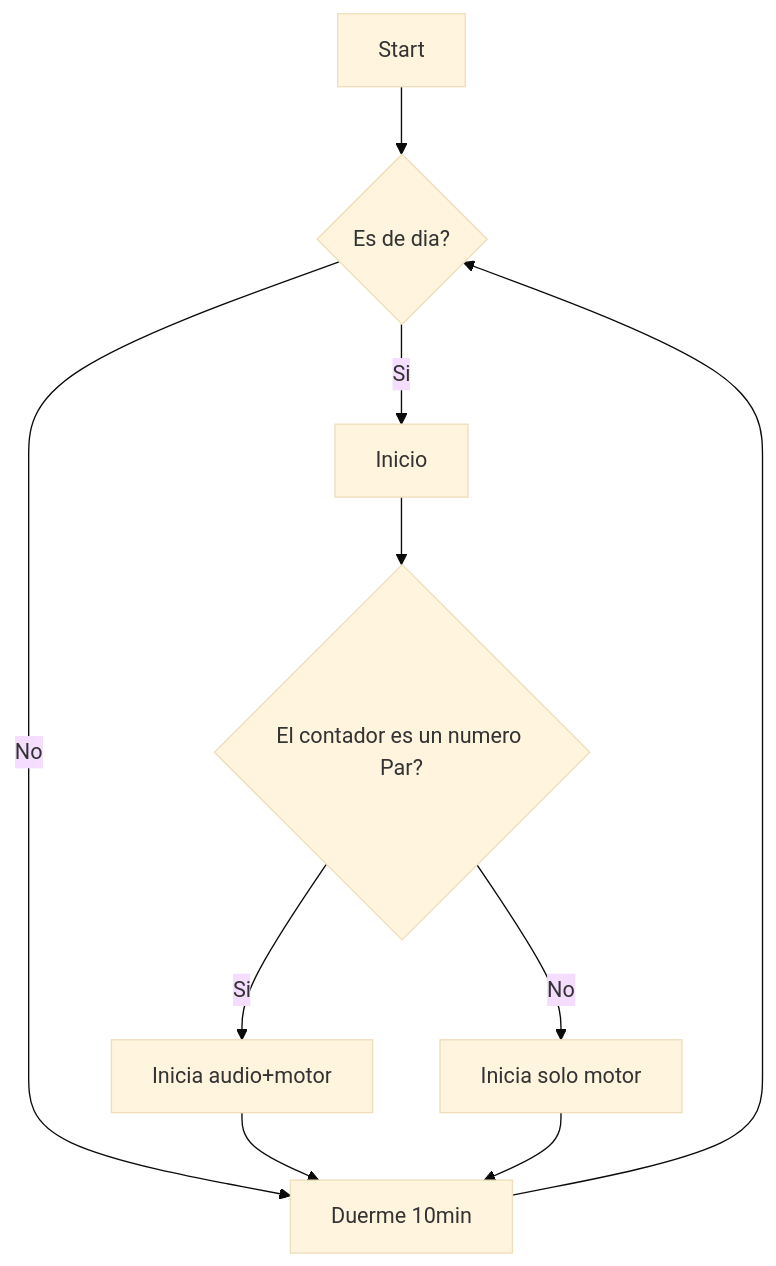
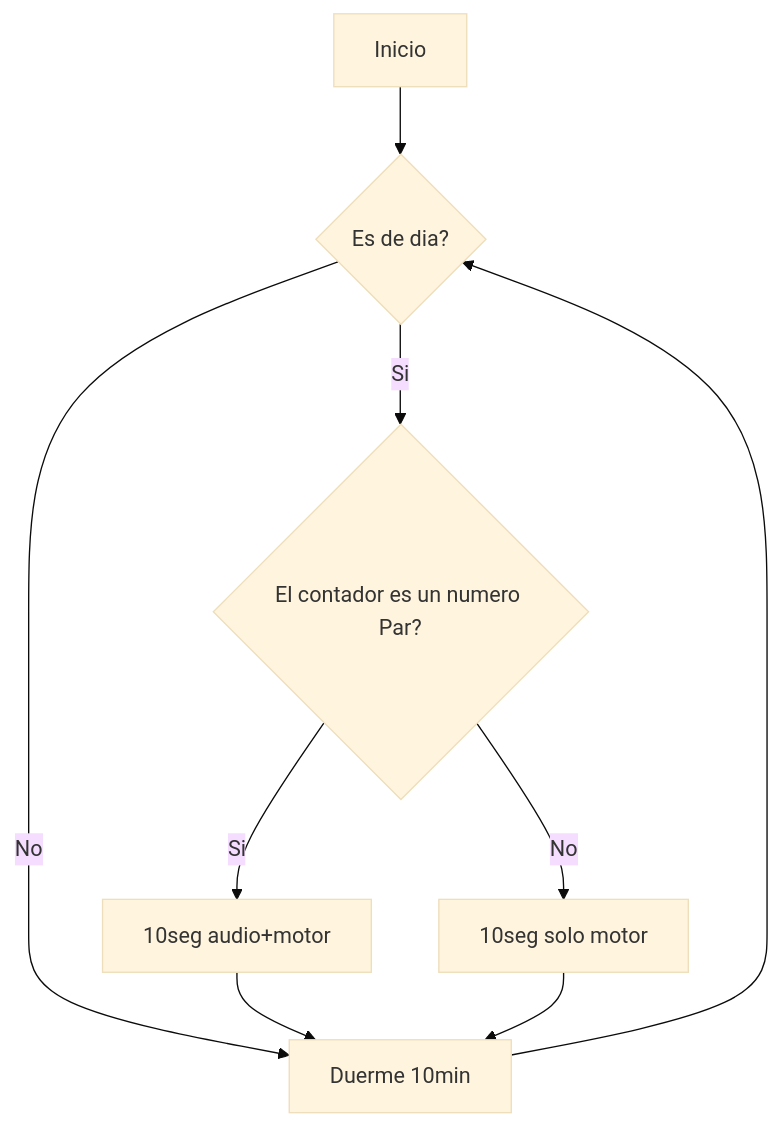
Before and after one commit to buho29/solar-scarecrow: the diagram in README.md, drawn with Mermaid (base theme).

````diff
--- a/README.md
+++ b/README.md
@@ -32,12 +32,11 @@
 ```mermaid
 flowchart  TD  
- A[Start]  -->  B{Es de dia?}  
- B  -- No -->  H[Duerme 10min]  
- B  -- Si --> E[Inicio]
- E --> D{El contador es un numero Par?}
- D -- Si --> F[Inicia audio+motor]
- D -- No --> G[Inicia solo motor]
- F --> H 
- G --> H
- H --> B
+ A[Inicio]  -->  B{Es de dia?}  
+ B  -- No --> C[Duerme 10min]  
+ B  -- Si --> E{El contador es un numero Par?}
+ E -- Si --> F[10seg audio+motor]
+ E -- No --> G[10seg solo motor]
+ F --> C
+ G --> C
+ C --> B
 ```
````
